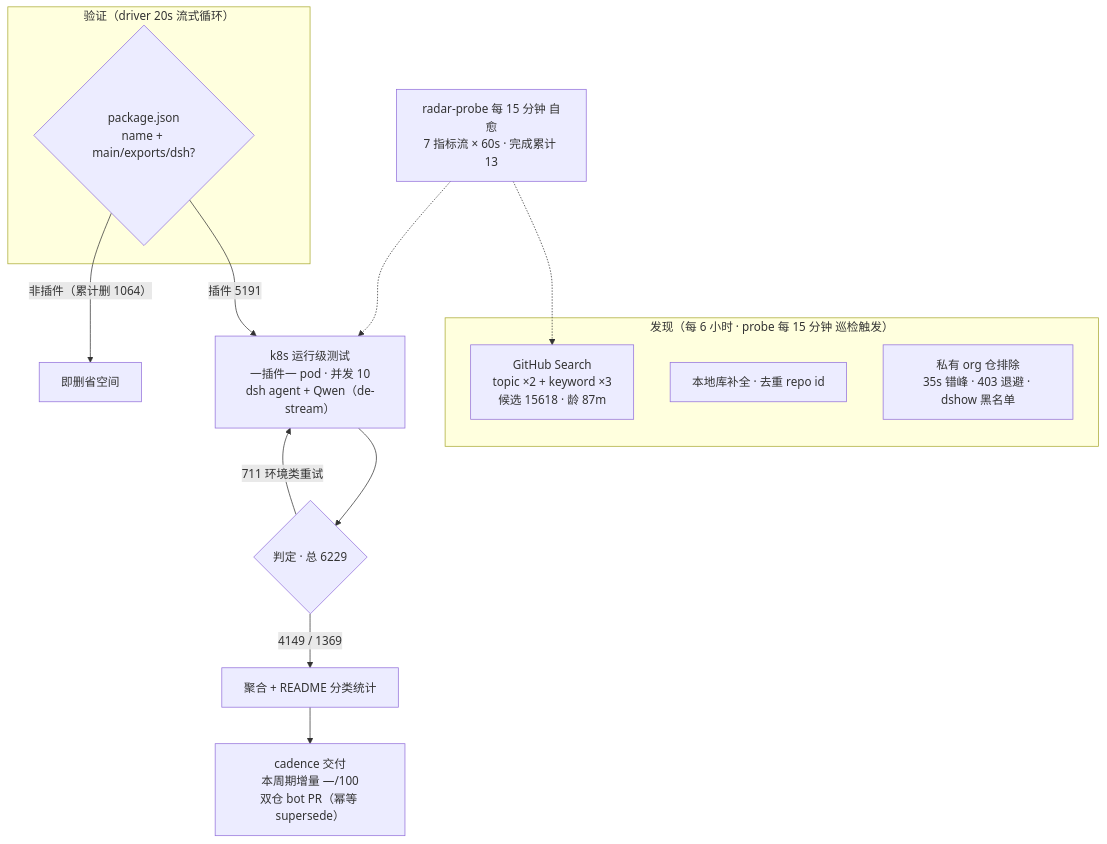
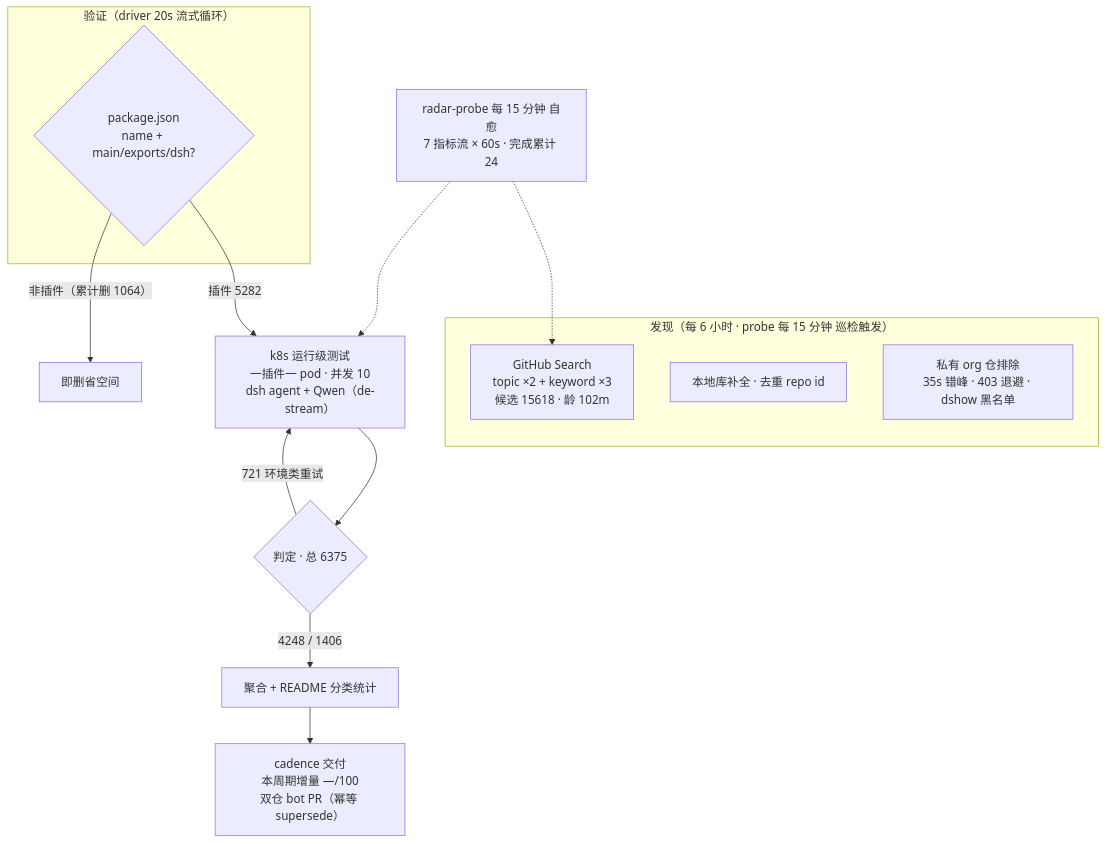
One commit to Zhidao-Lab-OSS/awesome-dsh-plugins changed the diagram in README.md. Above: the diagram before and after it, drawn with Mermaid. The commit also changed other lines of this file and 1 other file, not shown here.

````diff
--- a/README.md
+++ b/README.md
@@ -37,20 +37,20 @@
 ```mermaid
 flowchart TB
     subgraph Discovery["发现（每 6 小时 · probe 每 15 分钟 巡检触发）"]
-        A1["GitHub Search<br/>topic ×2 + keyword ×3<br/>候选 15618 · 龄 87m"]
+        A1["GitHub Search<br/>topic ×2 + keyword ×3<br/>候选 15618 · 龄 102m"]
         A2["本地库补全 · 去重 repo id"]
         A3["私有 org 仓排除<br/>35s 错峰 · 403 退避 · dshow 黑名单"]
     end
     subgraph Validation["验证（driver 20s 流式循环）"]
         B1{"package.json<br/>name + main/exports/dsh?"}
     end
-    B1 -->|"插件 5191"| C1["k8s 运行级测试<br/>一插件一 pod · 并发 10<br/>dsh agent + Qwen（de-stream）"]
+    B1 -->|"插件 5282"| C1["k8s 运行级测试<br/>一插件一 pod · 并发 10<br/>dsh agent + Qwen（de-stream）"]
     B1 -->|"非插件（累计删 1064）"| B3["即删省空间"]
-    C1 --> D1{"判定 · 总 6229"}
-    D1 -->|"4149 / 1369"| E1["聚合 + README 分类统计"]
-    D1 -->|"711 环境类重试"| C1
+    C1 --> D1{"判定 · 总 6375"}
+    D1 -->|"4248 / 1406"| E1["聚合 + README 分类统计"]
+    D1 -->|"721 环境类重试"| C1
     E1 --> E2["cadence 交付<br/>本周期增量 —/100<br/>双仓 bot PR（幂等 supersede）"]
-    M["radar-probe 每 15 分钟 自愈<br/>7 指标流 × 60s · 完成累计 13"]
+    M["radar-probe 每 15 分钟 自愈<br/>7 指标流 × 60s · 完成累计 24"]
     M -.-> A1
     M -.-> C1
 ```
````
